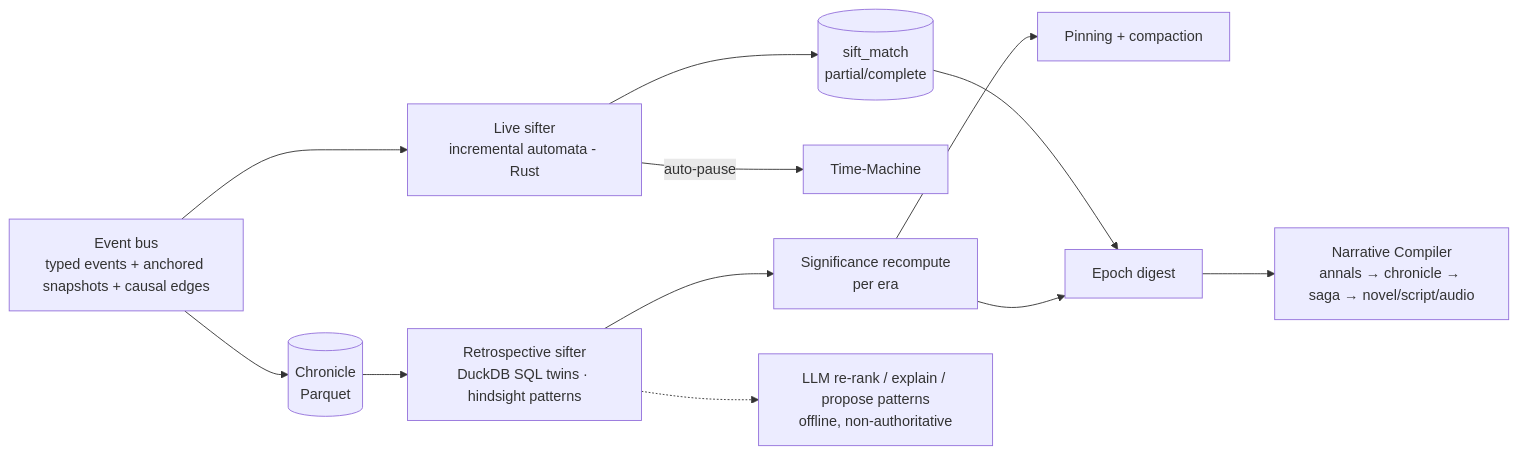
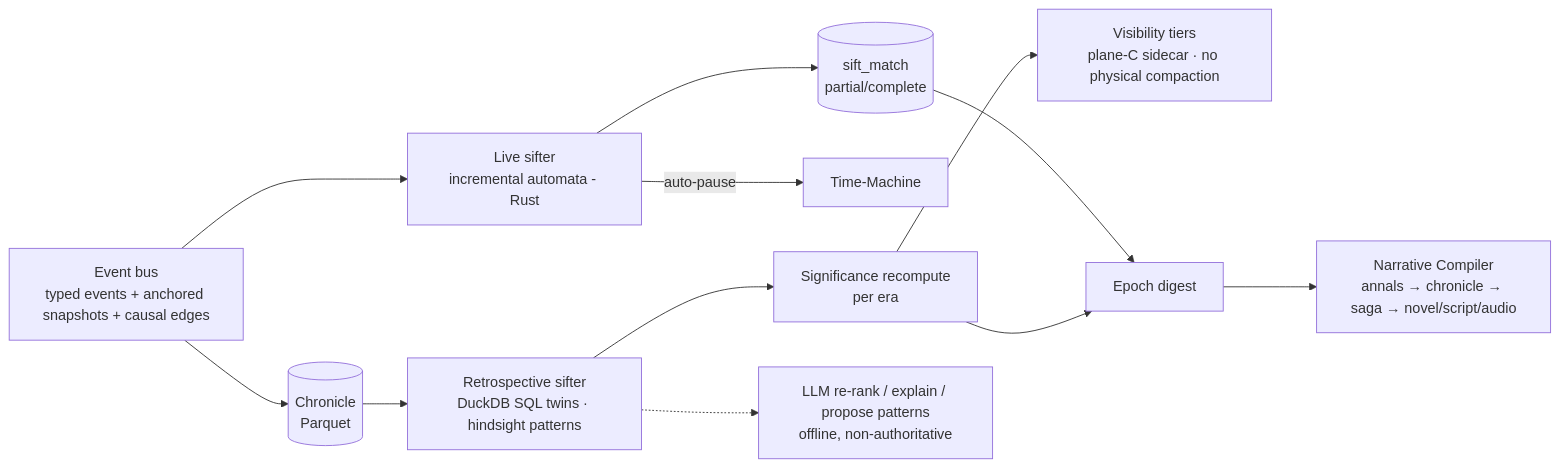
One commit to BigRigVibeCoder/Rehoboam changed the diagram in docs/05_architecture/05.4_narrative_intelligence.md. Above: the diagram before and after it, drawn with Mermaid. The commit also changed other lines of this file and 11 other files, not shown here.

````diff
--- a/docs/05_architecture/05.4_narrative_intelligence.md
+++ b/docs/05_architecture/05.4_narrative_intelligence.md
@@ -9,14 +9,14 @@
 ```mermaid
 flowchart LR
   E[Event bus<br/>typed events + anchored snapshots + causal edges] --> LS[Live sifter<br/>incremental automata - Rust]
   LS --> M[(sift_match<br/>partial/complete)]
   LS -->|auto-pause| TM[Time-Machine]
   E --> CW[(Chronicle<br/>Parquet)]
   CW --> RS[Retrospective sifter<br/>DuckDB SQL twins · hindsight patterns]
   RS --> SIG[Significance recompute<br/>per era]
-  SIG --> PIN[Pinning + compaction]
+  SIG --> PIN[Visibility tiers<br/>plane-C sidecar · no physical compaction]
   M --> DG[Epoch digest]
   SIG --> DG
   DG --> NC[Narrative Compiler<br/>annals → chronicle → saga → novel/script/audio]
   RS -.-> LLMX[LLM re-rank / explain / propose patterns<br/>offline, non-authoritative]
 ```
````
